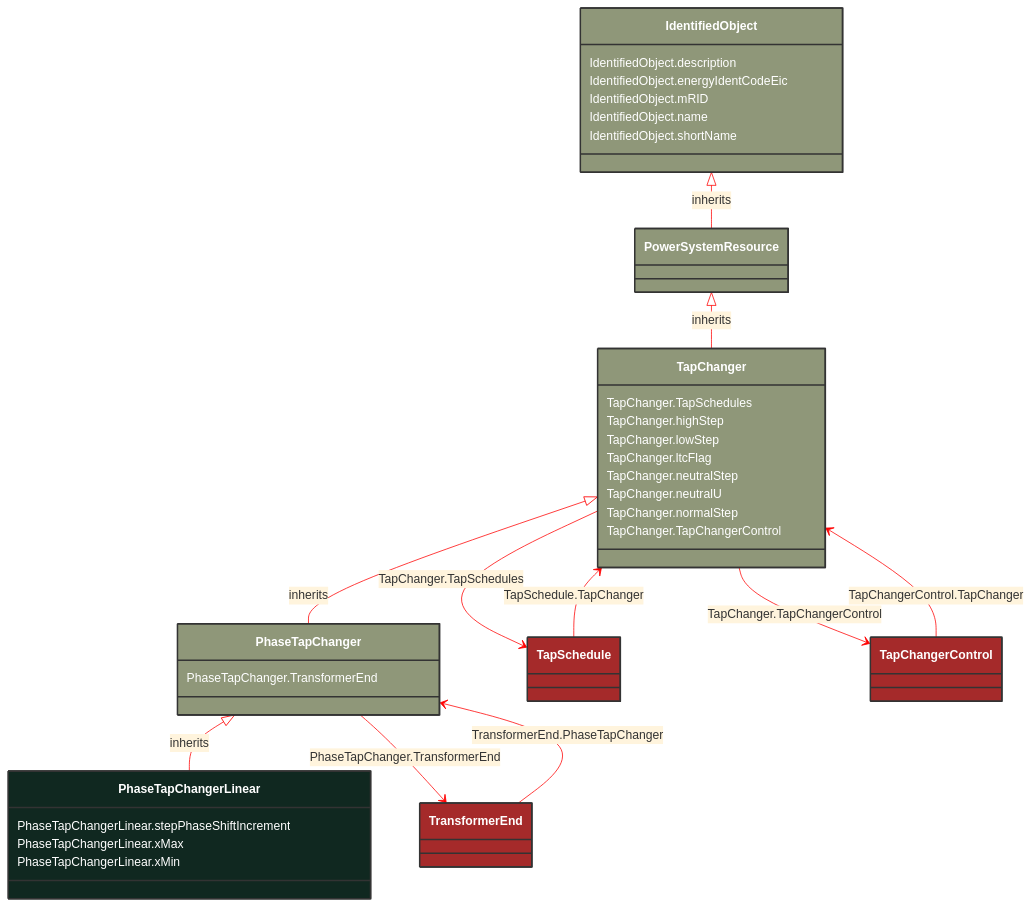
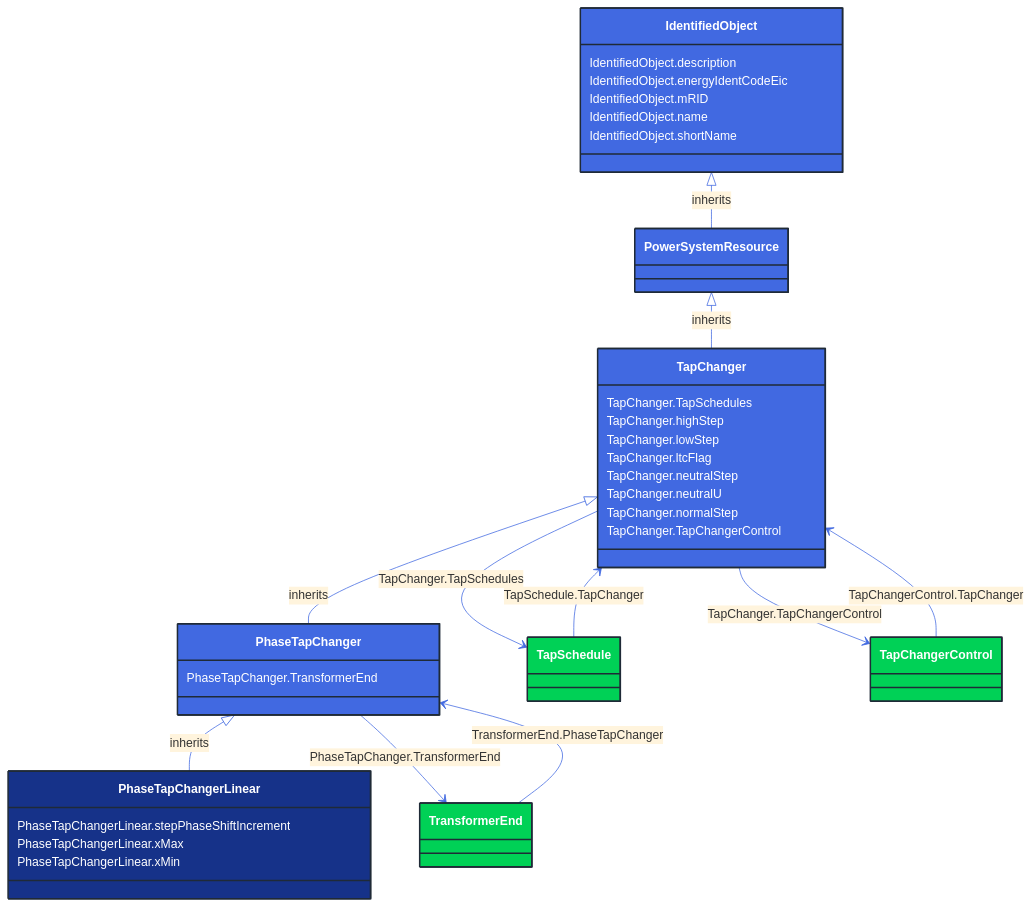
One commit to 3lbits/NoCIMExtensions changed the diagram in docs/Models/Profiles/CoreEquipment/ConcreteClasses/PhaseTapChangerLinear.md. Above: the diagram before and after it, drawn with Mermaid. The commit also changed 362 other files, not shown here.

First line of the commit message:
Update diagrams and styles for improved visual consistency

````diff
--- a/docs/Models/Profiles/CoreEquipment/ConcreteClasses/PhaseTapChangerLinear.md
+++ b/docs/Models/Profiles/CoreEquipment/ConcreteClasses/PhaseTapChangerLinear.md
@@ -10,76 +10,76 @@
 ```mermaid
-%%{init: {'theme':'base','themeVariables': {'lineColor': '#FF0000'}}}%%
+%%{init: {'theme':'base','themeVariables': {'lineColor': '#4169E1'}}}%%
 classDiagram
     class PhaseTapChangerLinear
     click PhaseTapChangerLinear href "/Models/Profiles/CoreEquipment/ConcreteClasses/PhaseTapChangerLinear/"
-    style PhaseTapChangerLinear fill:#102820,stroke:#333,stroke-width:2px,rx:10,ry:10,color:white
+    style PhaseTapChangerLinear fill:#163289,stroke:#1F2A37,stroke-width:2px,rx:10,ry:10,color:white
      
         PhaseTapChanger <|-- PhaseTapChangerLinear : inherits
             click PhaseTapChanger href "/Models/Profiles/CoreEquipment/AbstractClasses/PhaseTapChanger/"
-            style PhaseTapChanger fill:#8F9779,stroke:#333,stroke-width:2px,rx:10,ry:10,color:white
+            style PhaseTapChanger fill:#4169E1,stroke:#1F2A37,stroke-width:2px,rx:10,ry:10,color:white
      
         TapChanger <|-- PhaseTapChanger : inherits
             click TapChanger href "/Models/Profiles/CoreEquipment/AbstractClasses/TapChanger/"
-            style TapChanger fill:#8F9779,stroke:#333,stroke-width:2px,rx:10,ry:10,color:white
+            style TapChanger fill:#4169E1,stroke:#1F2A37,stroke-width:2px,rx:10,ry:10,color:white
      
         PowerSystemResource <|-- TapChanger : inherits
             click PowerSystemResource href "/Models/Profiles/CoreEquipment/AbstractClasses/PowerSystemResource/"
-            style PowerSystemResource fill:#8F9779,stroke:#333,stroke-width:2px,rx:10,ry:10,color:white
+            style PowerSystemResource fill:#4169E1,stroke:#1F2A37,stroke-width:2px,rx:10,ry:10,color:white
      
         IdentifiedObject <|-- PowerSystemResource : inherits
             click IdentifiedObject href "/Models/Profiles/CoreEquipment/AbstractClasses/IdentifiedObject/"
-            style IdentifiedObject fill:#8F9779,stroke:#333,stroke-width:2px,rx:10,ry:10,color:white
+            style IdentifiedObject fill:#4169E1,stroke:#1F2A37,stroke-width:2px,rx:10,ry:10,color:white
 
         PhaseTapChanger --> TransformerEnd : PhaseTapChanger.TransformerEnd
 
         TransformerEnd
             click TransformerEnd href "/Models/Profiles/CoreEquipment/AbstractClasses/TransformerEnd/"
-            style TransformerEnd fill:#A52A2A,stroke:#333,stroke-width:2px,rx:10,ry:10,color:white
+            style TransformerEnd fill:#00D156,stroke:#1F2A37,stroke-width:2px,rx:10,ry:10,color:white
         TapChanger --> TapSchedule : TapChanger.TapSchedules
 
         TapSchedule
             click TapSchedule href "/Models/Profiles/CoreEquipment/AbstractClasses/TapSchedule/"
-            style TapSchedule fill:#A52A2A,stroke:#333,stroke-width:2px,rx:10,ry:10,color:white
+            style TapSchedule fill:#00D156,stroke:#1F2A37,stroke-width:2px,rx:10,ry:10,color:white
         TapChanger --> TapChangerControl : TapChanger.TapChangerControl
 
         TapChangerControl
             click TapChangerControl href "/Models/Profiles/CoreEquipment/ConcreteClasses/TapChangerControl/"
-            style TapChangerControl fill:#A52A2A,stroke:#333,stroke-width:2px,rx:10,ry:10,color:white
+            style TapChangerControl fill:#00D156,stroke:#1F2A37,stroke-width:2px,rx:10,ry:10,color:white
 
         TapSchedule --> TapChanger : TapSchedule.TapChanger
 
         TapSchedule
             click TapSchedule href "/Models/Profiles/CoreEquipment/AbstractClasses/TapSchedule/"
-            style TapSchedule fill:#A52A2A,stroke:#333,stroke-width:2px,rx:10,ry:10,color:white
+            style TapSchedule fill:#00D156,stroke:#1F2A37,stroke-width:2px,rx:10,ry:10,color:white
 
         TapChangerControl --> TapChanger : TapChangerControl.TapChanger
 
         TapChangerControl
             click TapChangerControl href "/Models/Profiles/CoreEquipment/ConcreteClasses/TapChangerControl/"
-            style TapChangerControl fill:#A52A2A,stroke:#333,stroke-width:2px,rx:10,ry:10,color:white
+            style TapChangerControl fill:#00D156,stroke:#1F2A37,stroke-width:2px,rx:10,ry:10,color:white
 
         TransformerEnd --> PhaseTapChanger : TransformerEnd.PhaseTapChanger
 
         TransformerEnd
             click TransformerEnd href "/Models/Profiles/CoreEquipment/AbstractClasses/TransformerEnd/"
-            style TransformerEnd fill:#A52A2A,stroke:#333,stroke-width:2px,rx:10,ry:10,color:white
+            style TransformerEnd fill:#00D156,stroke:#1F2A37,stroke-width:2px,rx:10,ry:10,color:white
 
 
         PhaseTapChangerLinear : PhaseTapChangerLinear.stepPhaseShiftIncrement
         PhaseTapChangerLinear : PhaseTapChangerLinear.xMax
         PhaseTapChangerLinear : PhaseTapChangerLinear.xMin
         PhaseTapChanger : PhaseTapChanger.TransformerEnd
         TapChanger : TapChanger.TapSchedules
         TapChanger : TapChanger.highStep
         TapChanger : TapChanger.lowStep
         TapChanger : TapChanger.ltcFlag
         TapChanger : TapChanger.neutralStep
         TapChanger : TapChanger.neutralU
         TapChanger : TapChanger.normalStep
         TapChanger : TapChanger.TapChangerControl
         IdentifiedObject : IdentifiedObject.description
         IdentifiedObject : IdentifiedObject.energyIdentCodeEic
         IdentifiedObject : IdentifiedObject.mRID
         IdentifiedObject : IdentifiedObject.name
         IdentifiedObject : IdentifiedObject.shortName
 ```
````
